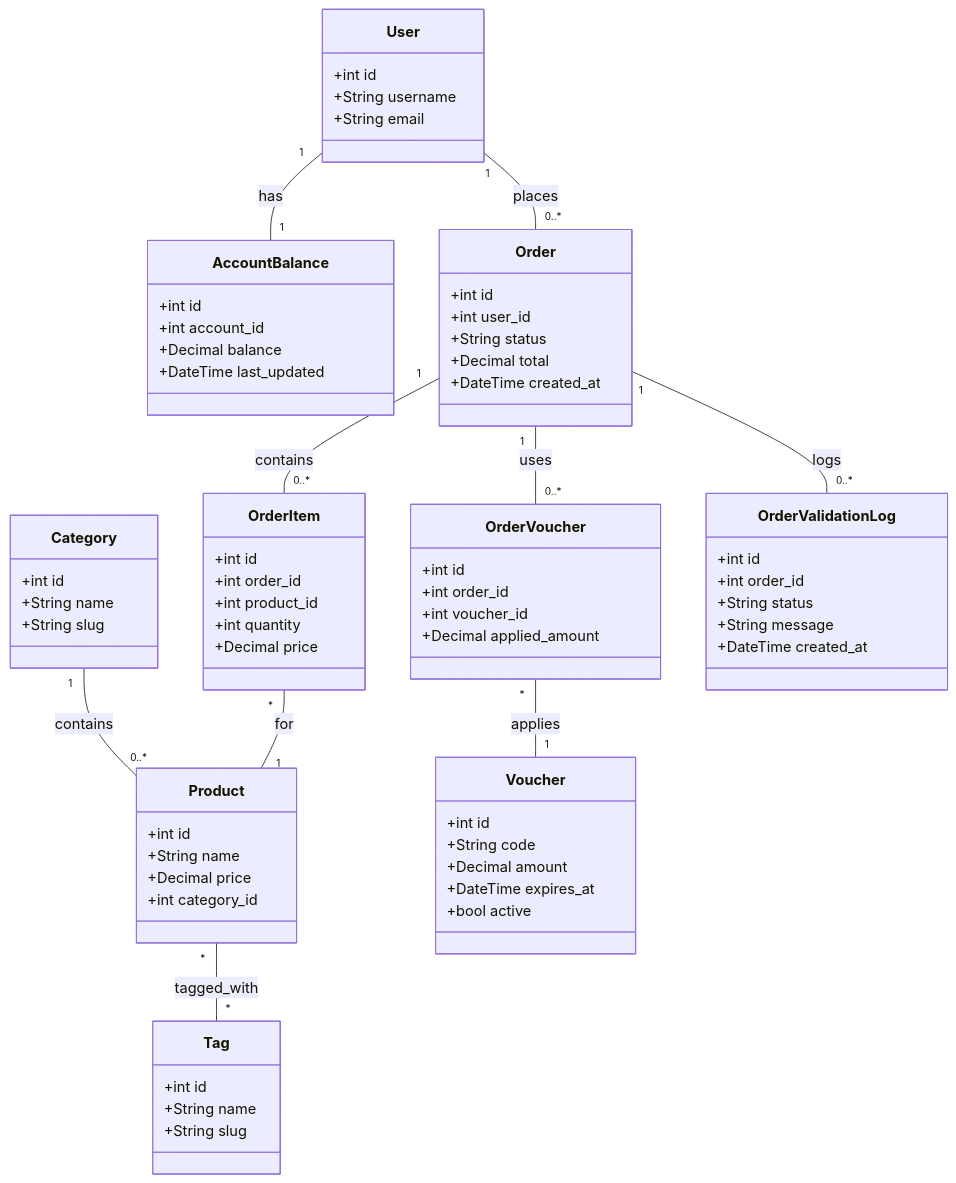
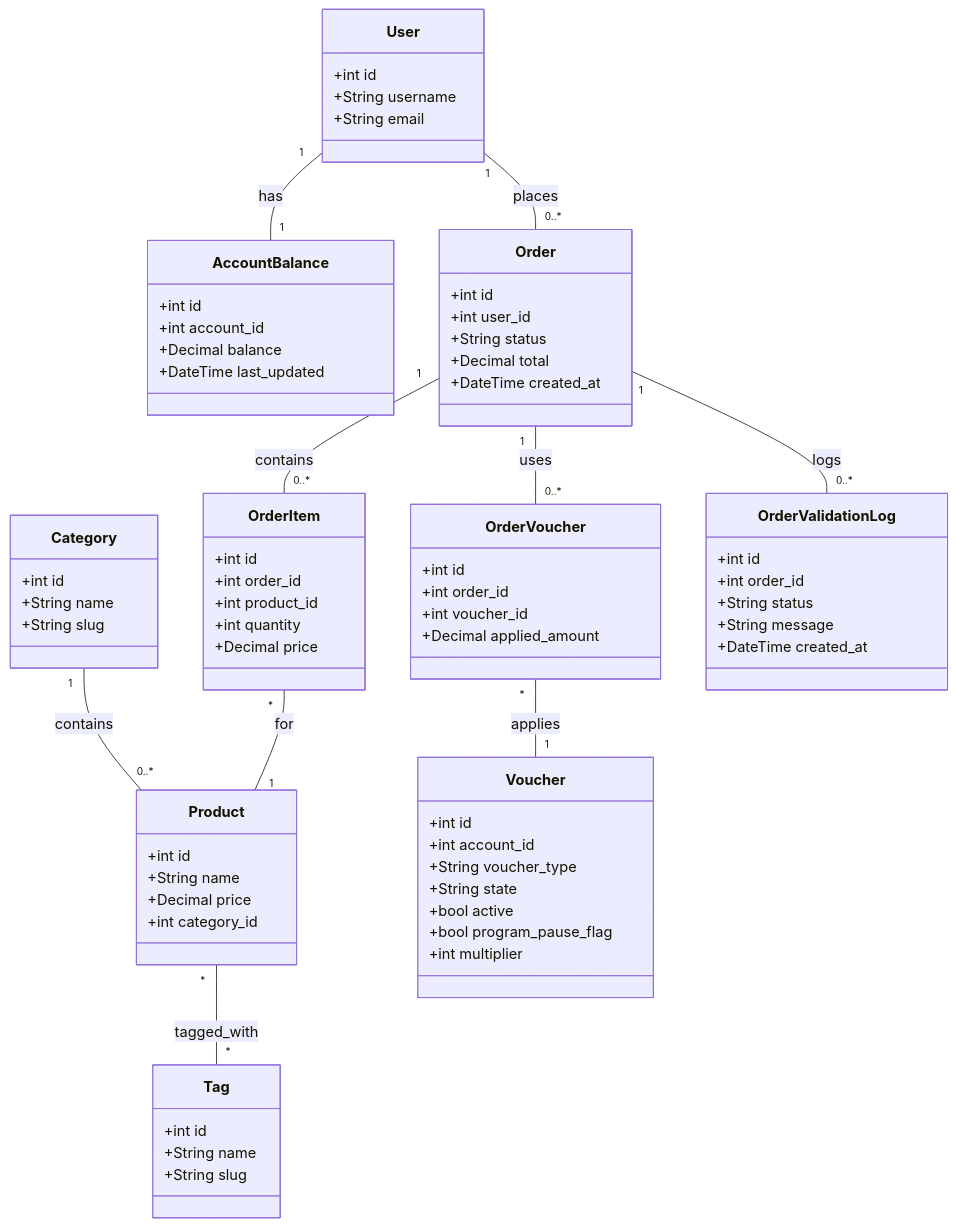
The second of 2 diagrams in docs/ARCHITECTURE.md (ryanparrish/basketful_app), drawn with Mermaid before and after one commit. The commit also changed other lines of this file and 29 other files, not shown here.

````diff
--- a/docs/ARCHITECTURE.md
+++ b/docs/ARCHITECTURE.md
@@ -130,74 +140,76 @@
 ```mermaid
 classDiagram
 	class User {
 		+int id
 		+String username
 		+String email
 	}
 	class AccountBalance {
 		+int id
 		+int account_id
 		+Decimal balance
 		+DateTime last_updated
 	}
 	class Category {
 		+int id
 		+String name
 		+String slug
 	}
 	class Product {
 		+int id
 		+String name
 		+Decimal price
 		+int category_id
 	}
 	class Tag {
 		+int id
 		+String name
 		+String slug
 	}
 	class Order {
 		+int id
 		+int user_id
 		+String status
 		+Decimal total
 		+DateTime created_at
 	}
 	class OrderItem {
 		+int id
 		+int order_id
 		+int product_id
 		+int quantity
 		+Decimal price
 	}
 	class Voucher {
 		+int id
-		+String code
-		+Decimal amount
-		+DateTime expires_at
+		+int account_id
+		+String voucher_type
+		+String state
 		+bool active
+		+bool program_pause_flag
+		+int multiplier
 	}
 	class OrderVoucher {
 		+int id
 		+int order_id
 		+int voucher_id
 		+Decimal applied_amount
 	}
 	class OrderValidationLog {
 		+int id
 		+int order_id
 		+String status
 		+String message
 		+DateTime created_at
 	}
 
 	User "1" -- "0..*" Order : places
 	User "1" -- "1" AccountBalance : has
 	Category "1" -- "0..*" Product : contains
 	Product "*" -- "*" Tag : tagged_with
 	Order "1" -- "0..*" OrderItem : contains
 	OrderItem "*" -- "1" Product : for
 	Order "1" -- "0..*" OrderVoucher : uses
 	OrderVoucher "*" -- "1" Voucher : applies
 	Order "1" -- "0..*" OrderValidationLog : logs
 ```
````
